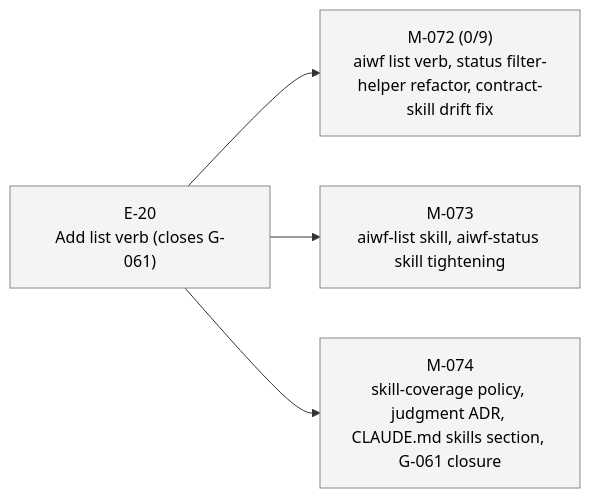
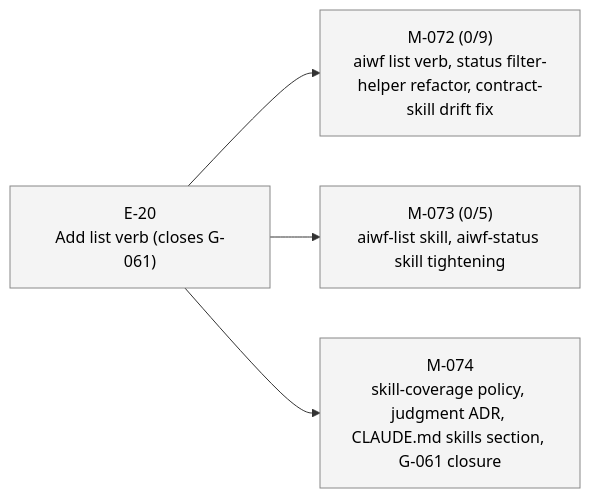
Before and after one commit to 23min/aiwf: the second of 2 diagrams in STATUS.md, drawn with Mermaid. The commit also changed other lines of this file and 1 other file, not shown here.

First line of the commit message:
aiwf add ac M-073 AC-1..AC-5 (5 criteria)

````diff
--- a/STATUS.md
+++ b/STATUS.md
@@ -47,16 +47,16 @@
 ```mermaid
 flowchart LR
   E_20["E-20<br/>Add list verb (closes G-061)"]:::epic_proposed
   M_072["M-072 (0/9)<br/>aiwf list verb, status filter-helper refactor, contract-skill drift fix"]:::ms_draft
   E_20 --> M_072
-  M_073["M-073<br/>aiwf-list skill, aiwf-status skill tightening"]:::ms_draft
+  M_073["M-073 (0/5)<br/>aiwf-list skill, aiwf-status skill tightening"]:::ms_draft
   E_20 --> M_073
   M_074["M-074<br/>skill-coverage policy, judgment ADR, CLAUDE.md skills section, G-061 closure"]:::ms_draft
   E_20 --> M_074
   classDef epic_active fill:#d6eaff,stroke:#1a73e8,color:#000
   classDef epic_proposed fill:#f4f4f4,stroke:#888,color:#000
   classDef ms_done fill:#d8f5d8,stroke:#2a8a2a,color:#000
   classDef ms_in_progress fill:#fff3c4,stroke:#caa400,color:#000
   classDef ms_draft fill:#f4f4f4,stroke:#888,color:#000
   classDef ms_cancelled fill:#fbeaea,stroke:#c33,color:#000
 ```
````
